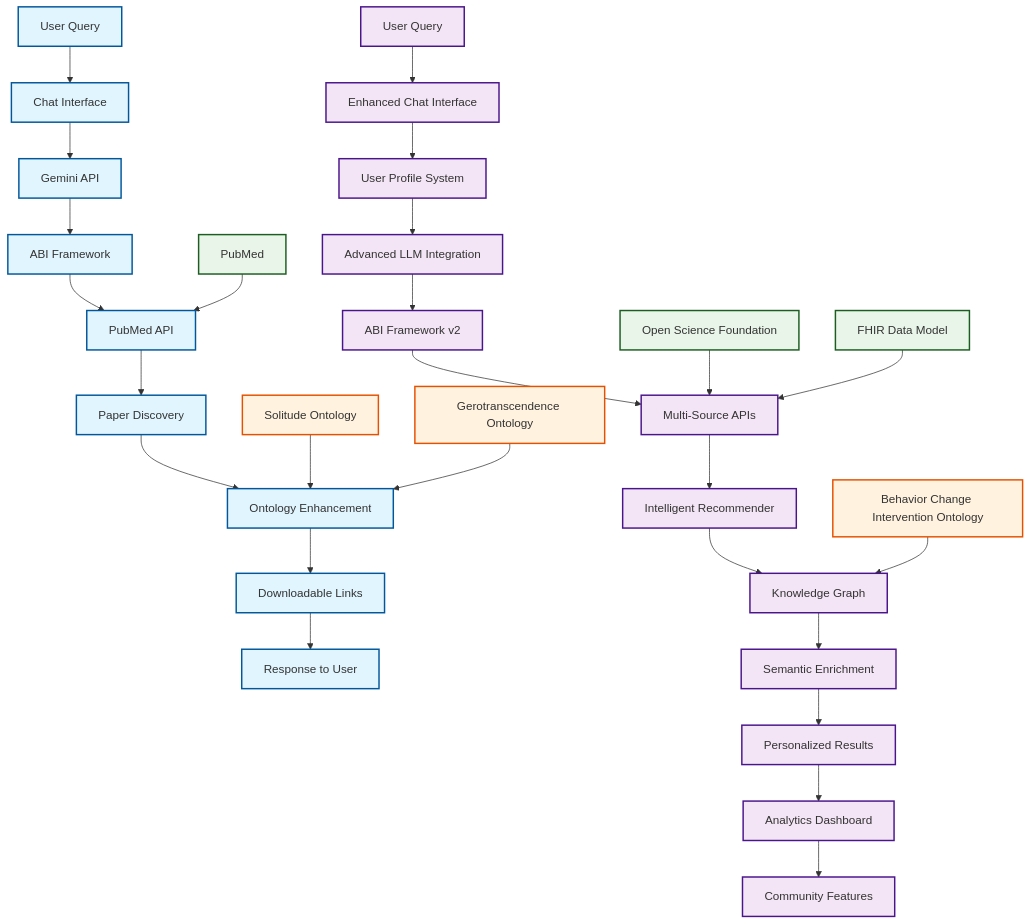
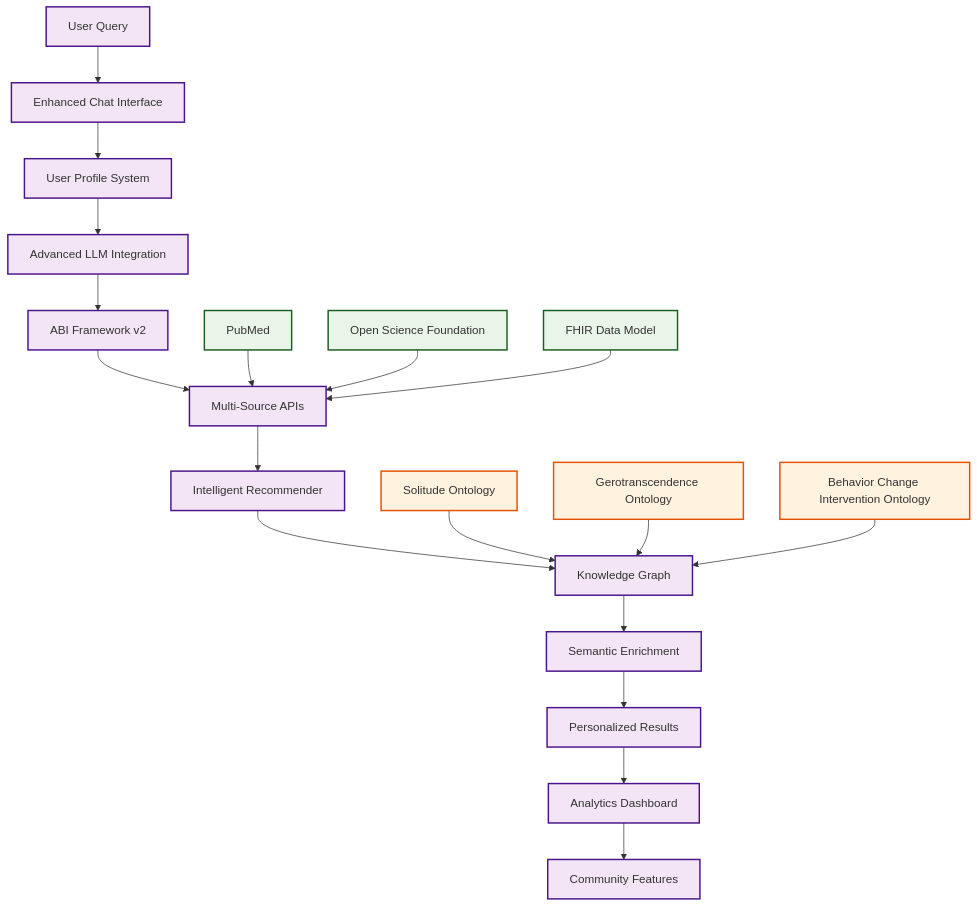
The second of 2 diagrams in docs/resources/portal-development.md (NCOR-Organization/HealthyPhases), drawn with Mermaid before and after one commit. The commit also changed other lines of this file, not shown here.

Commit message:
Create separate Mermaid diagrams for current and target states
- Split complex single diagram into two clear, focused diagrams
- Current State (Phase 3): Shows live functionality with Gemini API and PubMed integration
- Target State (Phase 4): Shows planned advanced features with user profiles and recommender systems
- Each diagram has distinct color coding for better visual clarity
- Blue theme for current state, purple theme for target state
- Both diagrams show data sources and ontology connections clearly
- Much easier to understand and compare the two states

````diff
--- a/docs/resources/portal-development.md
+++ b/docs/resources/portal-development.md
@@ -61,41 +89,30 @@
 ```mermaid
 flowchart TD
-    A[User Query] --> B[Chat Interface]
-    B --> C[Gemini API]
-    C --> D[ABI Framework]
-    D --> E[PubMed API]
-    E --> F[Paper Discovery]
-    F --> G[Ontology Enhancement]
-    G --> H[Downloadable Links]
-    H --> I[Response to User]
+    A[User Query] --> B[Enhanced Chat Interface]
+    B --> C[User Profile System]
+    C --> D[Advanced LLM Integration]
+    D --> E[ABI Framework v2]
+    E --> F[Multi-Source APIs]
+    F --> G[Intelligent Recommender]
+    G --> H[Knowledge Graph]
+    H --> I[Semantic Enrichment]
+    I --> J[Personalized Results]
+    J --> K[Analytics Dashboard]
+    K --> L[Community Features]
     
-    J[User Query] --> K[Enhanced Chat Interface]
-    K --> L[User Profile System]
-    L --> M[Advanced LLM Integration]
-    M --> N[ABI Framework v2]
-    N --> O[Multi-Source APIs]
-    O --> P[Intelligent Recommender]
-    P --> Q[Knowledge Graph]
-    Q --> R[Semantic Enrichment]
-    R --> S[Personalized Results]
-    S --> T[Analytics Dashboard]
-    T --> U[Community Features]
+    M[PubMed] --> F
+    N[Open Science Foundation] --> F
+    O[FHIR Data Model] --> F
     
-    V[PubMed] --> E
-    W[Open Science Foundation] --> O
-    X[FHIR Data Model] --> O
+    P[Solitude Ontology] --> H
+    Q[Gerotranscendence Ontology] --> H
+    R[Behavior Change Intervention Ontology] --> H
     
-    Y[Solitude Ontology] --> G
-    Z[Gerotranscendence Ontology] --> G
-    AA[Behavior Change Intervention Ontology] --> Q
-    
-    classDef current fill:#e1f5fe,stroke:#01579b,stroke-width:2px
-    classDef target fill:#f3e5f5,stroke:#4a148c,stroke-width:2px
+    classDef process fill:#f3e5f5,stroke:#4a148c,stroke-width:2px
     classDef data fill:#e8f5e8,stroke:#1b5e20,stroke-width:2px
     classDef ontology fill:#fff3e0,stroke:#e65100,stroke-width:2px
     
-    class A,B,C,D,E,F,G,H,I current
-    class J,K,L,M,N,O,P,Q,R,S,T,U target
-    class V,W,X data
-    class Y,Z,AA ontology
+    class A,B,C,D,E,F,G,H,I,J,K,L process
+    class M,N,O data
+    class P,Q,R ontology
 ```
````
